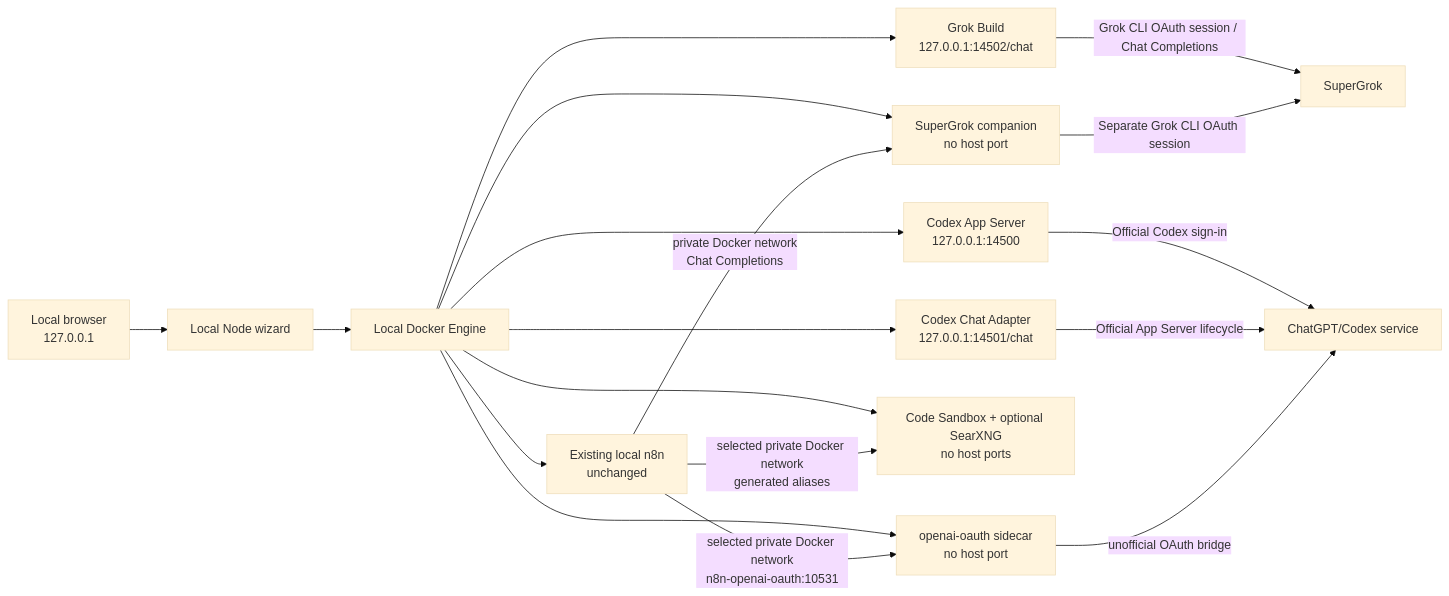
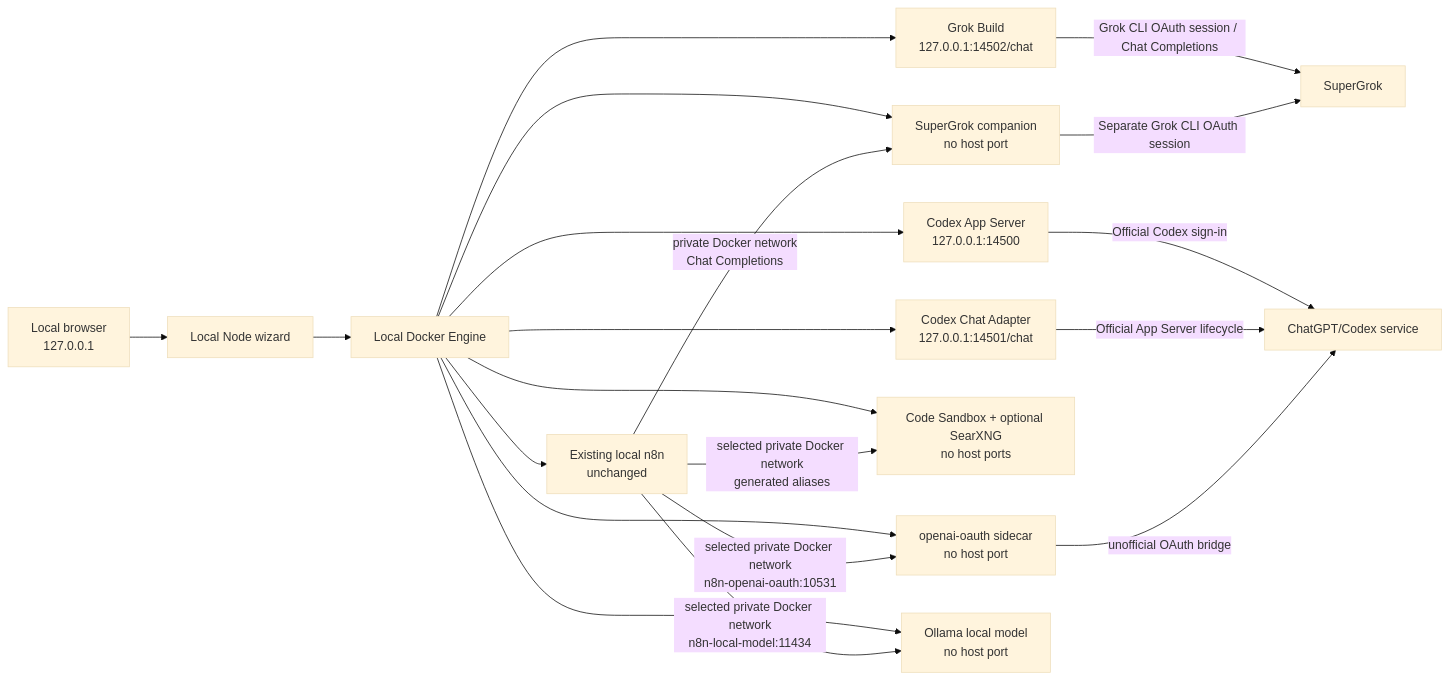
Before and after one commit to Demonbane18/relmio: the second of 2 diagrams in docs/architecture.md, drawn with Mermaid (base theme). The commit also changed other lines of this file and 125 other files, not shown here.

````diff
--- a/docs/architecture.md
+++ b/docs/architecture.md
@@ -32,20 +32,22 @@
 ```mermaid
 flowchart LR
   B["Local browser<br>127.0.0.1"] --> W["Local Node wizard"]
   W --> D["Local Docker Engine"]
   D --> G["Grok Build<br>127.0.0.1:14502/chat"]
   D --> A["Codex App Server<br>127.0.0.1:14500"]
   D --> H["Codex Chat Adapter<br>127.0.0.1:14501/chat"]
   D --> N["Existing local n8n<br>unchanged"]
   D --> S["openai-oauth sidecar<br>no host port"]
   D --> X["Code Sandbox + optional SearXNG<br>no host ports"]
+  D --> Q["SuperGrok companion<br>no host port"]
+  D --> M["Ollama local model<br>no host port"]
   N -->|"selected private Docker network<br>n8n-openai-oauth:10531"| S
   N -->|"selected private Docker network<br>generated aliases"| X
-  D --> Q["SuperGrok companion<br>no host port"]
+  N -->|"selected private Docker network<br>n8n-local-model:11434"| M
   N -->|"private Docker network<br>Chat Completions"| Q
   G -->|"Grok CLI OAuth session / Chat Completions"| P["SuperGrok"]
   Q -->|"Separate Grok CLI OAuth session"| P
   A -->|"Official Codex sign-in"| C["ChatGPT/Codex service"]
   H -->|"Official App Server lifecycle"| C
   S -->|"unofficial OAuth bridge"| C
 ```
````
